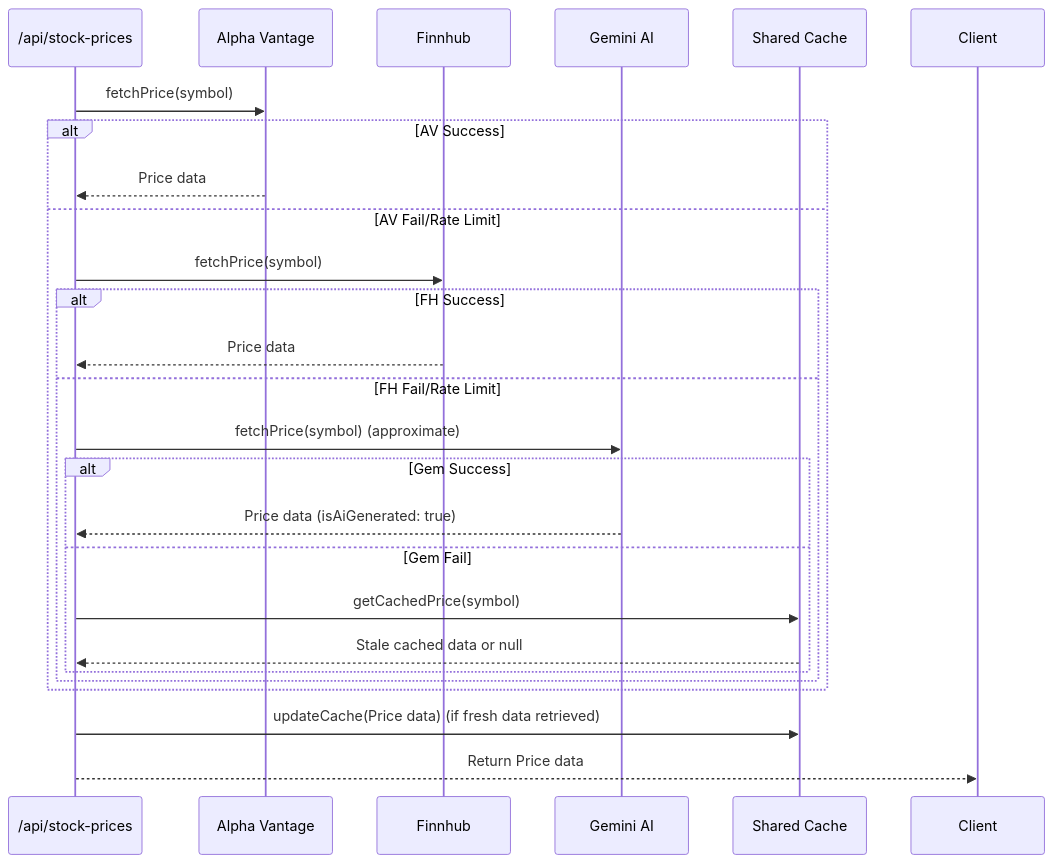
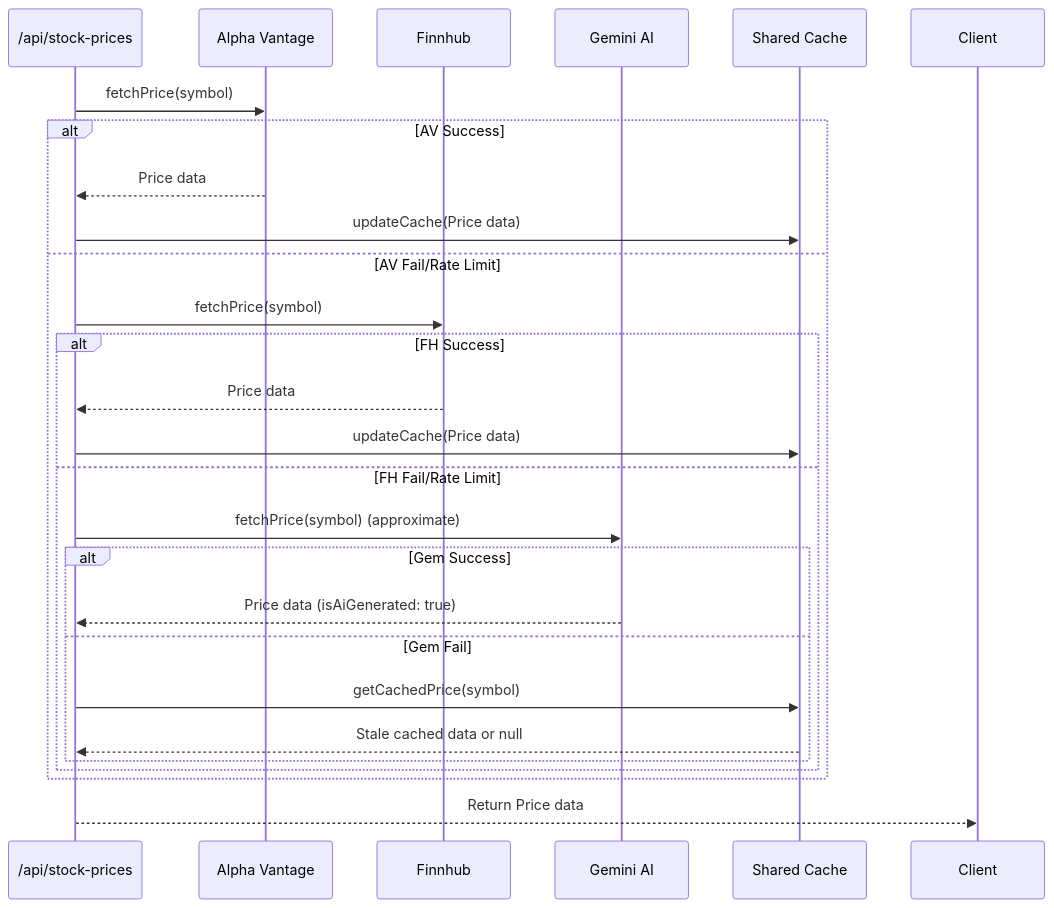
The diagram in .agent/sage/2026-03-25-gemini-stock-price-fallback.md (MankalMR/OptionsBookie), drawn with Mermaid before and after one commit. The commit also changed other lines of this file, not shown here.

First line of the commit message:
feat(sage): update fallback ticket to restrict cache behavior

````diff
--- a/.agent/sage/2026-03-25-gemini-stock-price-fallback.md
+++ b/.agent/sage/2026-03-25-gemini-stock-price-fallback.md
@@ -39,28 +39,30 @@
 ```mermaid
 sequenceDiagram
     participant API as /api/stock-prices
     participant AV as Alpha Vantage
     participant FH as Finnhub
     participant Gem as Gemini AI
     participant Cache as Shared Cache
 
     API->>AV: fetchPrice(symbol)
     alt AV Success
         AV-->>API: Price data
+        API->>Cache: updateCache(Price data)
     else AV Fail/Rate Limit
         API->>FH: fetchPrice(symbol)
         alt FH Success
             FH-->>API: Price data
+            API->>Cache: updateCache(Price data)
         else FH Fail/Rate Limit
             API->>Gem: fetchPrice(symbol) (approximate)
             alt Gem Success
                 Gem-->>API: Price data (isAiGenerated: true)
+                %% No cache update for Gemini data
             else Gem Fail
                 API->>Cache: getCachedPrice(symbol)
                 Cache-->>API: Stale cached data or null
             end
         end
     end
-    API->>Cache: updateCache(Price data) (if fresh data retrieved)
     API-->>Client: Return Price data
 ```
````
